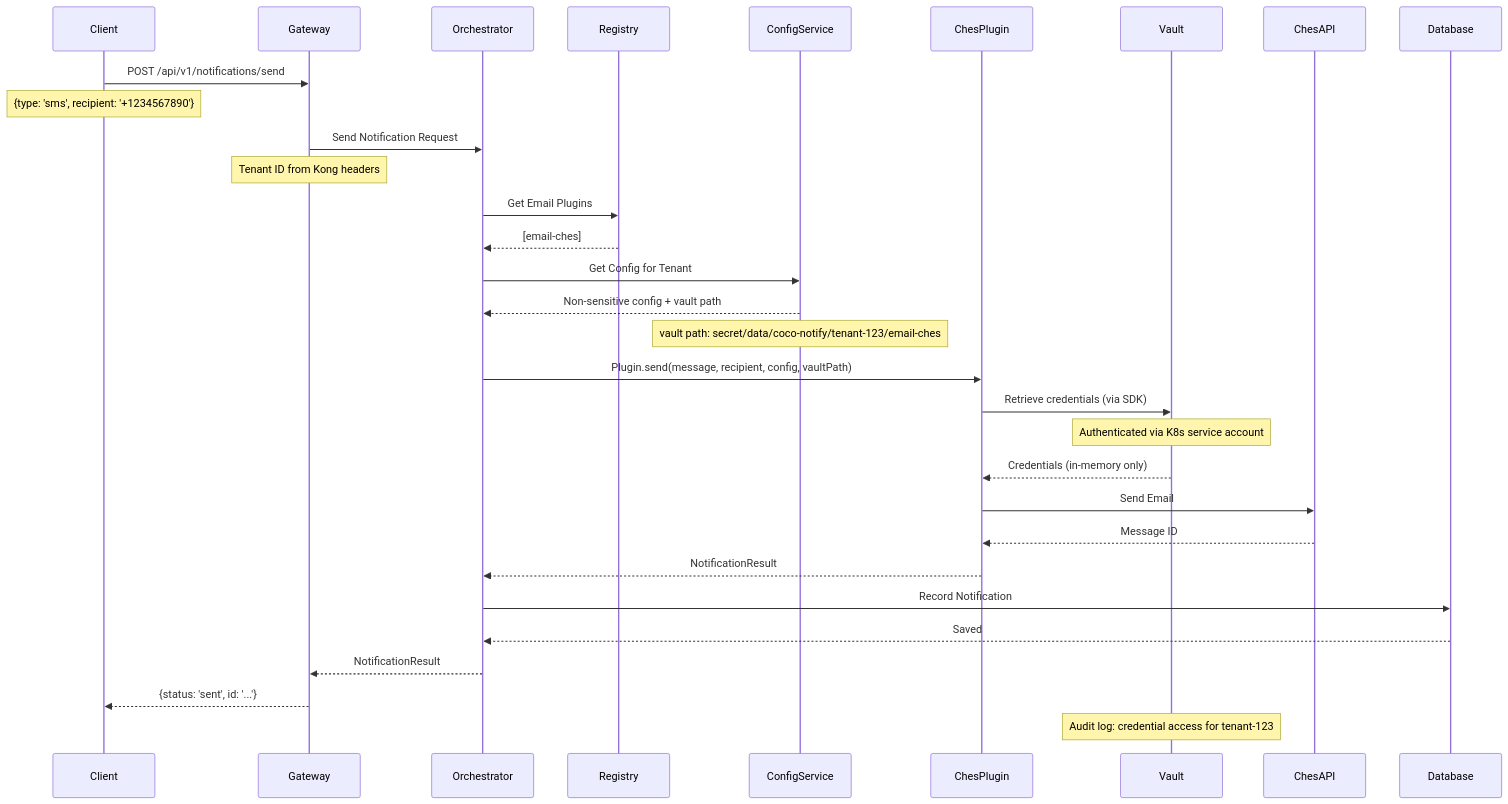
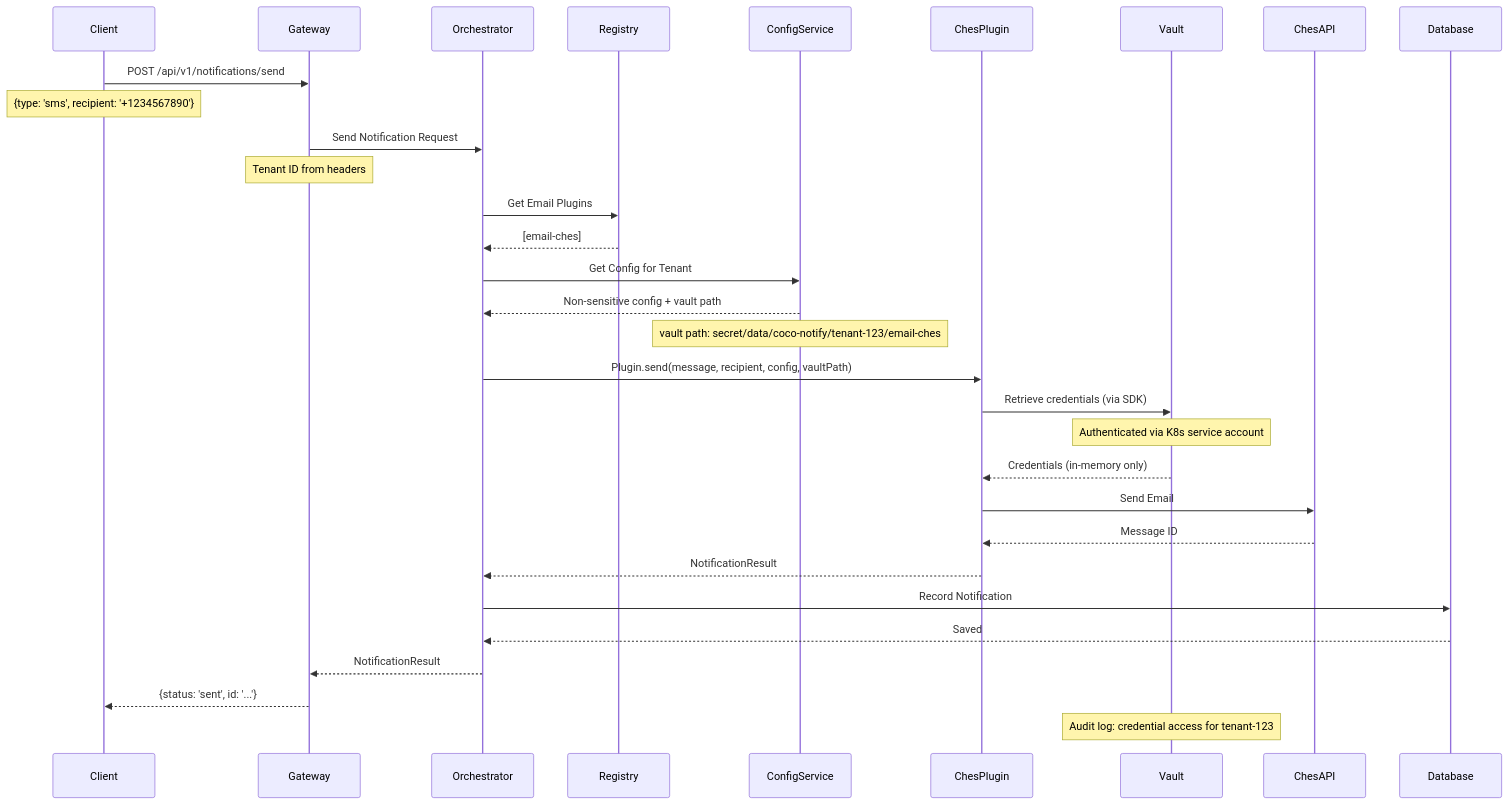
Before and after one commit to bcgov/common-notify: the third of 4 diagrams in PLUGIN_ARCHITECTURE.md, drawn with Mermaid. The commit also changed other lines of this file and 3 other files, not shown here.

````diff
--- a/PLUGIN_ARCHITECTURE.md
+++ b/PLUGIN_ARCHITECTURE.md
@@ -152,32 +138,32 @@
 ```mermaid
 sequenceDiagram
     Client->>Gateway: POST /api/v1/notifications/send
     Note over Client: {type: 'sms', recipient: '+1234567890'}
 
     Gateway->>Orchestrator: Send Notification Request
-    Note over Gateway: Tenant ID from Kong headers
+    Note over Gateway: Tenant ID from headers
 
 Orchestrator->>Registry: Get Email Plugins
     Registry-->>Orchestrator: [email-ches]
 
     Orchestrator->>ConfigService: Get Config for Tenant
     ConfigService-->>Orchestrator: Non-sensitive config + vault path
     Note over ConfigService: vault path: secret/data/coco-notify/tenant-123/email-ches
 
     Orchestrator->>ChesPlugin: Plugin.send(message, recipient, config, vaultPath)
     ChesPlugin->>Vault: Retrieve credentials (via SDK)
     Note over Vault: Authenticated via K8s service account
     Vault-->>ChesPlugin: Credentials (in-memory only)
 
     ChesPlugin->>ChesAPI: Send Email
     ChesAPI-->>ChesPlugin: Message ID
     ChesPlugin-->>Orchestrator: NotificationResult
 
     Orchestrator->>Database: Record Notification
     Database-->>Orchestrator: Saved
 
     Orchestrator-->>Gateway: NotificationResult
     Gateway-->>Client: {status: 'sent', id: '...'}
 
     Note over Vault: Audit log: credential access for tenant-123
 ```
````
